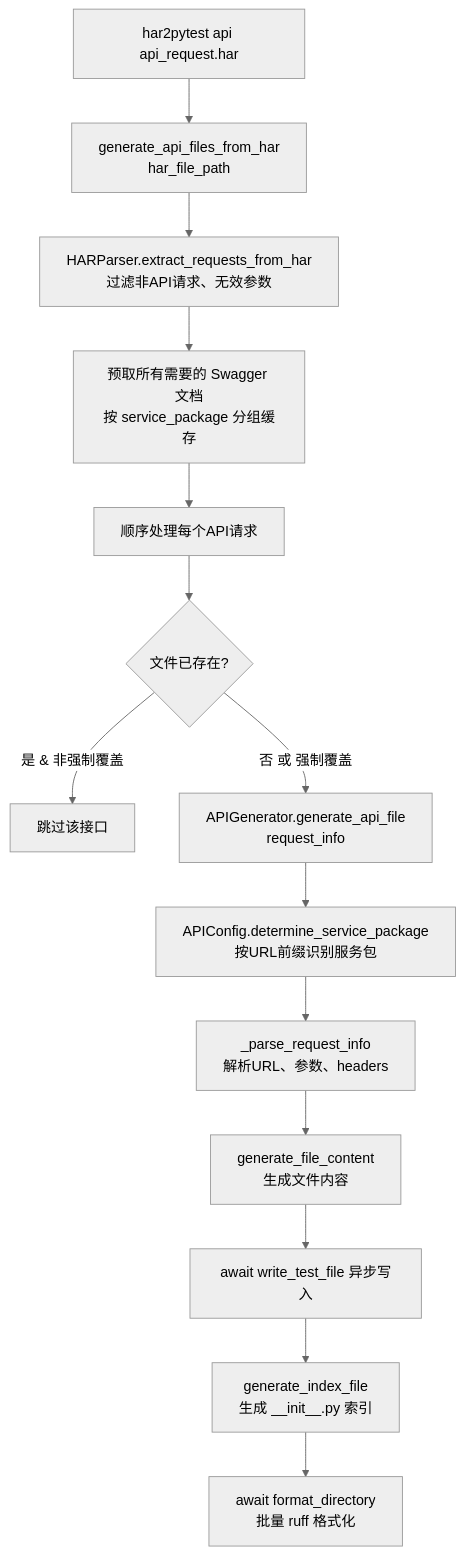
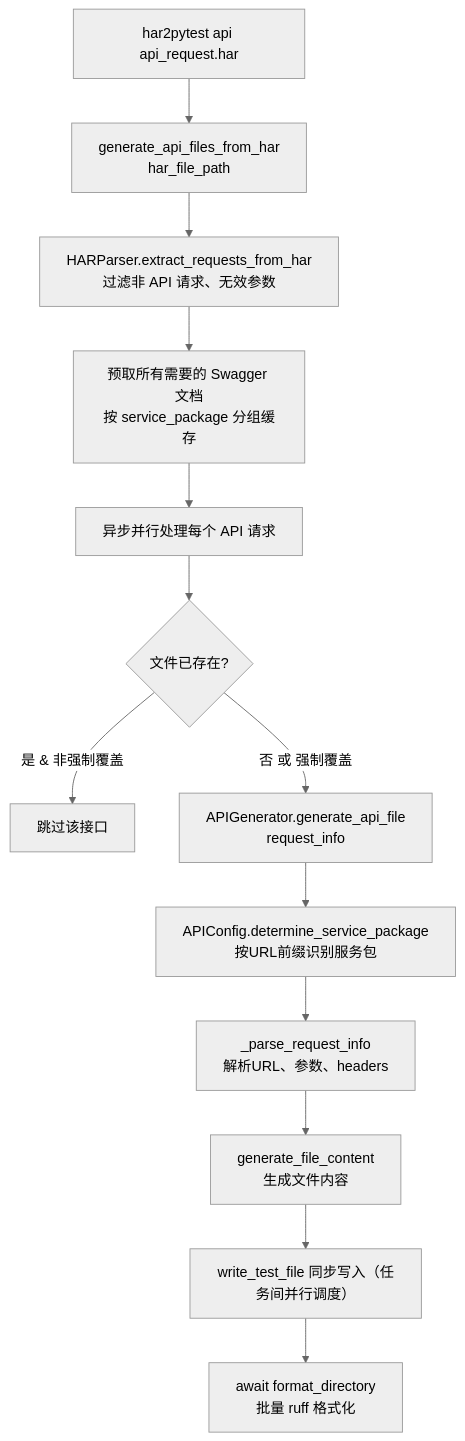
Before and after one commit to hewei198711/har2pytest: the first of 2 diagrams in docs/api_file_generation.md, drawn with Mermaid (neutral theme). The commit also changed other lines of this file and 64 other files, not shown here.

````diff
--- a/docs/api_file_generation.md
+++ b/docs/api_file_generation.md
@@ -22,16 +22,15 @@
 ```mermaid
 flowchart TD
     A[har2pytest api api_request.har] --> B[generate_api_files_from_har<br/>har_file_path]
-    B --> C[HARParser.extract_requests_from_har<br/>过滤非API请求、无效参数]
+    B --> C[HARParser.extract_requests_from_har<br/>过滤非 API 请求、无效参数]
     C --> D0[预取所有需要的 Swagger 文档<br/>按 service_package 分组缓存]
-    D0 --> D[顺序处理每个API请求]
+    D0 --> D[异步并行处理每个 API 请求]
     D --> E{文件已存在?}
     E -->|是 & 非强制覆盖| F[跳过该接口]
     E -->|否 或 强制覆盖| G[APIGenerator.generate_api_file<br/>request_info]
     G --> H[APIConfig.determine_service_package<br/>按URL前缀识别服务包]
     H --> I[_parse_request_info<br/>解析URL、参数、headers]
     I --> J[generate_file_content<br/>生成文件内容]
-    J --> K[await write_test_file 异步写入]
-    K --> L[generate_index_file<br/>生成 __init__.py 索引]
-    L --> M[await format_directory<br/>批量 ruff 格式化]
+    J --> K[write_test_file 同步写入（任务间并行调度）]
+    K --> M[await format_directory<br/>批量 ruff 格式化]
 ```
````
